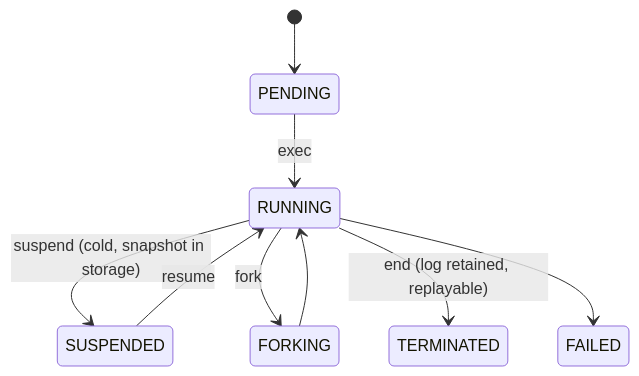
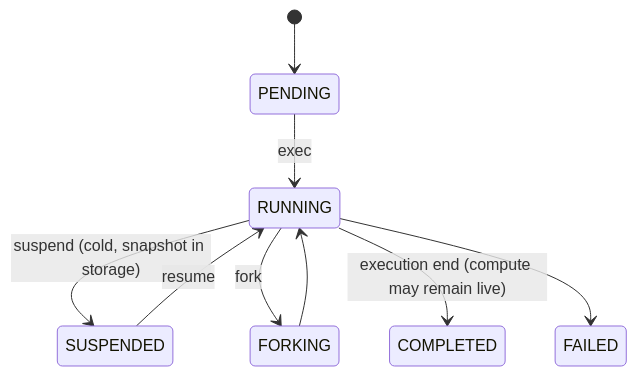
One commit to agent-primitives/sessions changed the first of 2 diagrams in docs/concepts.md. Above: the diagram before and after it, drawn with Mermaid. The commit also changed other lines of this file and 60 other files, not shown here.

````diff
--- a/docs/concepts.md
+++ b/docs/concepts.md
@@ -37,17 +37,17 @@
 ```mermaid
 stateDiagram-v2
   accTitle: Session lifecycle states
   accDescr {
     A new session starts PENDING and becomes RUNNING on exec. From RUNNING it can be suspended
-    to SUSPENDED and resumed, forked through FORKING and back, ended as TERMINATED with its log
+    to SUSPENDED and resumed, forked through FORKING and back, ended as COMPLETED with its log
     kept, or fail as FAILED.
   }
   [*] --> PENDING
   PENDING --> RUNNING: exec
   RUNNING --> SUSPENDED: suspend (cold, snapshot in storage)
   SUSPENDED --> RUNNING: resume
   RUNNING --> FORKING: fork
   FORKING --> RUNNING
-  RUNNING --> TERMINATED: end (log retained, replayable)
+  RUNNING --> COMPLETED: execution end (compute may remain live)
   RUNNING --> FAILED
 ```
````
